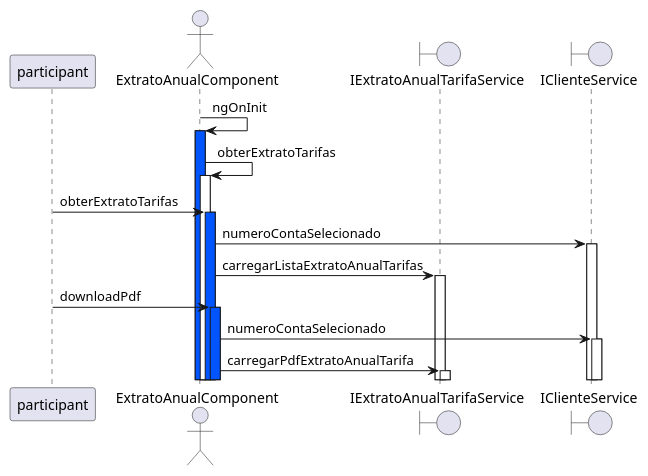
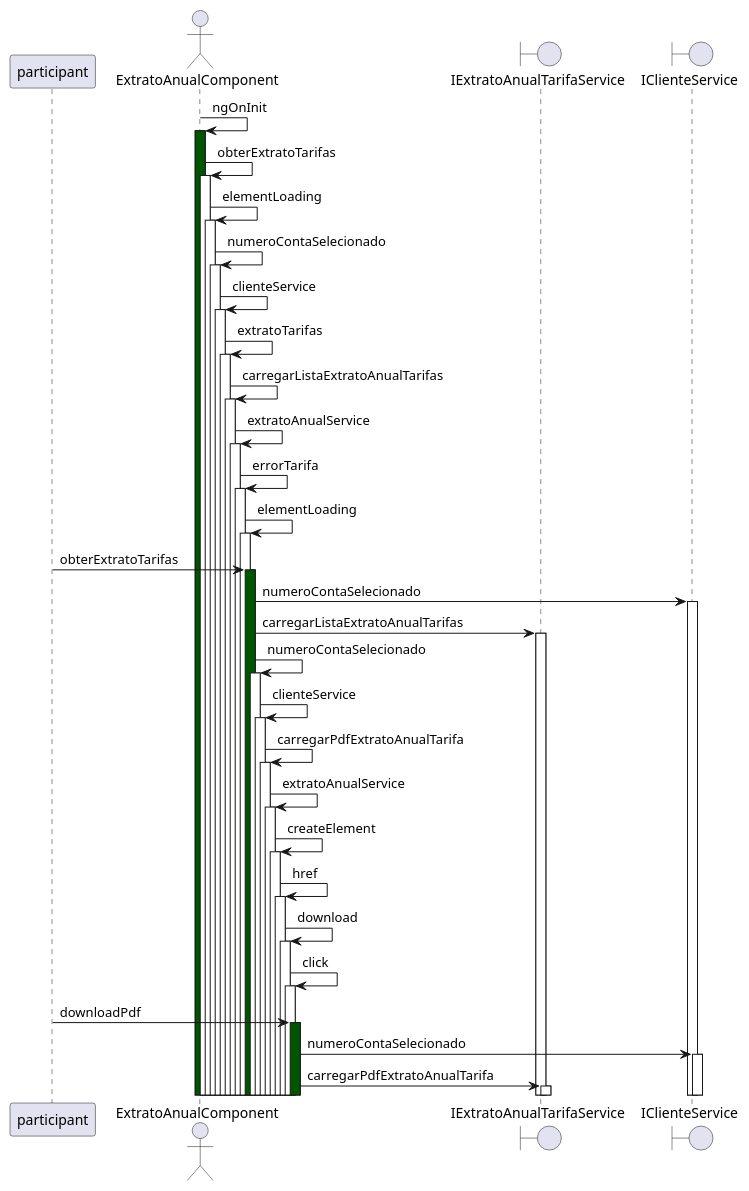
The diagram in example/extrato-anual.component.ts.sequence.puml (tommymolto/ng-reverse-uml), drawn with PlantUML before and after one commit. The commit also changed 6 other files, not shown here.

```diff
--- a/example/extrato-anual.component.ts.sequence.puml
+++ b/example/extrato-anual.component.ts.sequence.puml
@@ -1,15 +1,31 @@
 @startuml 
  autoactivate on 
  participant participant as Usuario
 actor  ExtratoAnualComponent as ExtratoAnualComponent
 boundary  IExtratoAnualTarifaService as extratoAnualService
 boundary  IClienteService as clienteService
-ExtratoAnualComponent->ExtratoAnualComponent #0055FF: ngOnInit 
+ExtratoAnualComponent->ExtratoAnualComponent #005500: ngOnInit 
 ExtratoAnualComponent->ExtratoAnualComponent : obterExtratoTarifas 
-Usuario->ExtratoAnualComponent #0055FF: obterExtratoTarifas 
+ExtratoAnualComponent->ExtratoAnualComponent : elementLoading 
+ExtratoAnualComponent->ExtratoAnualComponent : numeroContaSelecionado 
+ExtratoAnualComponent->ExtratoAnualComponent : clienteService 
+ExtratoAnualComponent->ExtratoAnualComponent : extratoTarifas 
+ExtratoAnualComponent->ExtratoAnualComponent : carregarListaExtratoAnualTarifas 
+ExtratoAnualComponent->ExtratoAnualComponent : extratoAnualService 
+ExtratoAnualComponent->ExtratoAnualComponent : errorTarifa 
+ExtratoAnualComponent->ExtratoAnualComponent : elementLoading 
+Usuario->ExtratoAnualComponent #005500: obterExtratoTarifas 
 ExtratoAnualComponent->clienteService : numeroContaSelecionado 
 ExtratoAnualComponent->extratoAnualService : carregarListaExtratoAnualTarifas 
-Usuario->ExtratoAnualComponent #0055FF: downloadPdf 
+ExtratoAnualComponent->ExtratoAnualComponent : numeroContaSelecionado 
+ExtratoAnualComponent->ExtratoAnualComponent : clienteService 
+ExtratoAnualComponent->ExtratoAnualComponent : carregarPdfExtratoAnualTarifa 
+ExtratoAnualComponent->ExtratoAnualComponent : extratoAnualService 
+ExtratoAnualComponent->ExtratoAnualComponent : createElement 
+ExtratoAnualComponent->ExtratoAnualComponent : href 
+ExtratoAnualComponent->ExtratoAnualComponent : download 
+ExtratoAnualComponent->ExtratoAnualComponent : click 
+Usuario->ExtratoAnualComponent #005500: downloadPdf 
 ExtratoAnualComponent->clienteService : numeroContaSelecionado 
 ExtratoAnualComponent->extratoAnualService : carregarPdfExtratoAnualTarifa 
 @enduml
```
